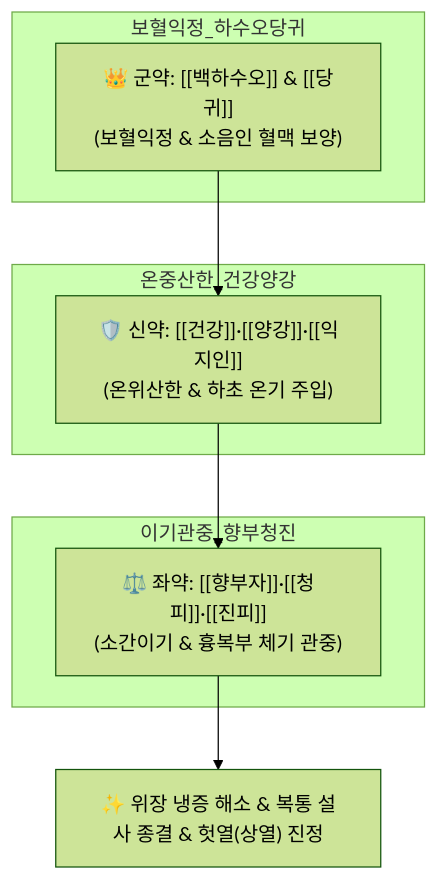
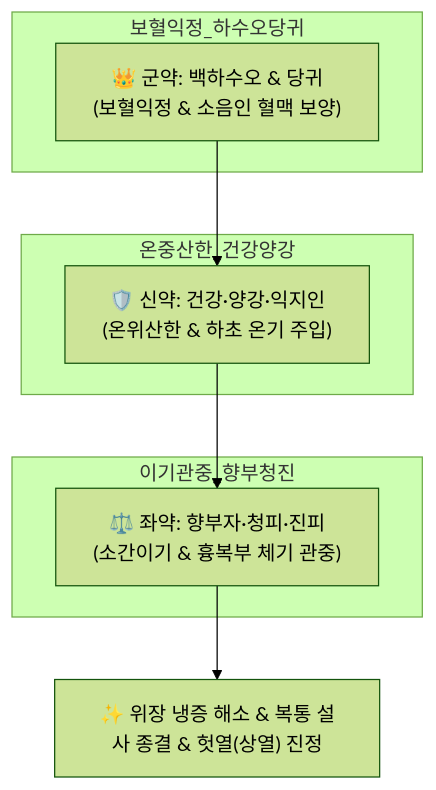
One commit to simbio11/simbio-digital-garden2 changed the diagram in content/2. 약리 공부/처방/02_보익제/당귀백하오관중탕.md. Above: the diagram before and after it, drawn with Mermaid (forest theme). The commit also changed other lines of this file and 323 other files, not shown here.

````diff
--- a/content/2. 약리 공부/처방/02_보익제/당귀백하오관중탕.md
+++ b/content/2. 약리 공부/처방/02_보익제/당귀백하오관중탕.md
@@ -47,15 +49,15 @@
 ```mermaid
 graph TD
     subgraph 보혈익정_하수오당귀
-        HSO["👑 군약: [[백하수오]] & [[당귀]]<br>(보혈익정 & 소음인 혈맥 보양)"]
+        HSO["👑 군약: 백하수오 & 당귀<br>(보혈익정 & 소음인 혈맥 보양)"]
     end
     subgraph 온중산한_건강양강
-        GG["🛡️ 신약: [[건강]]·[[양강]]·[[익지인]]<br>(온위산한 & 하초 온기 주입)"]
+        GG["🛡️ 신약: 건강·양강·익지인<br>(온위산한 & 하초 온기 주입)"]
     end
     subgraph 이기관중_향부청진
-        HB["⚖️ 좌약: [[향부자]]·[[청피]]·[[진피]]<br>(소간이기 & 흉복부 체기 관중)"]
+        HB["⚖️ 좌약: 향부자·청피·진피<br>(소간이기 & 흉복부 체기 관중)"]
     end
     HSO --> GG
     GG --> HB
     HB --> Target["✨ 위장 냉증 해소 & 복통 설사 종결 & 헛열(상열) 진정"]
 ```
````
